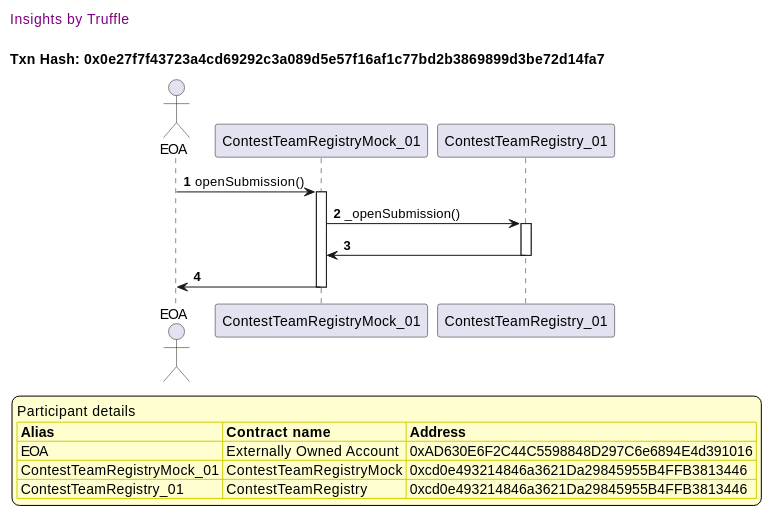
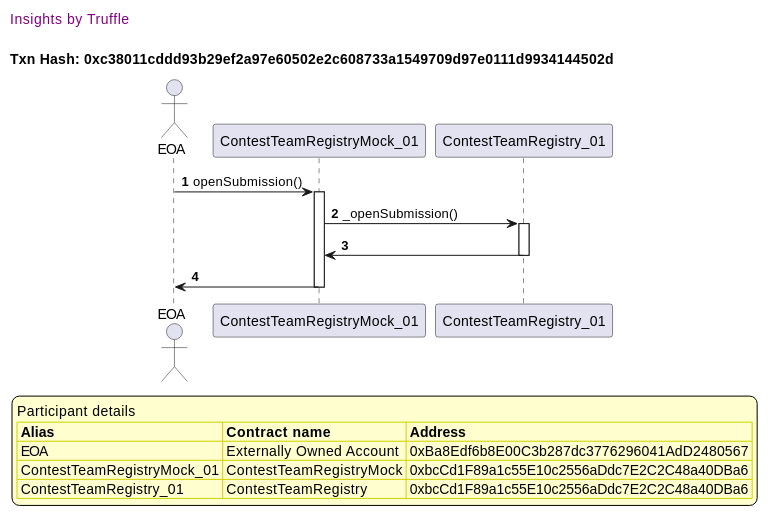
The fourth of 50 diagrams in truffle-seq/core_contestteamregistry.md (fodisi/hackapay), drawn with PlantUML before and after one commit. The commit also changed other lines of this file and 10 other files, not shown here.

````diff
--- a/truffle-seq/core_contestteamregistry.md
+++ b/truffle-seq/core_contestteamregistry.md
@@ -151,41 +151,41 @@
 ```plantuml
 
 
 @startuml
 
 autonumber
 skinparam legendBackgroundColor #FEFECE
 
 <style>
       header {
         HorizontalAlignment left
         FontColor purple
         FontSize 14
         Padding 10
       }
     </style>
 
 header Insights by Truffle
 
-title Txn Hash: 0x0e27f7f43723a4cd69292c3a089d5e57f16af1c77bd2b3869899d3be72d14fa7
+title Txn Hash: 0xc38011cddd93b29ef2a97e60502e2c608733a1549709d97e0111d9934144502d
 
 
 actor EOA as "EOA"
 participant ContestTeamRegistryMock_01 as "ContestTeamRegistryMock_01"
 participant ContestTeamRegistry_01 as "ContestTeamRegistry_01"
 
 "EOA" -> "ContestTeamRegistryMock_01" ++: openSubmission()
 "ContestTeamRegistryMock_01" -> "ContestTeamRegistry_01" ++: _openSubmission()
 "ContestTeamRegistry_01" -> "ContestTeamRegistryMock_01" --: 
 "ContestTeamRegistryMock_01" -> "EOA" --: 
 
 legend
 Participant details
 <#FEFECE,#D0D000>|= Alias |= Contract name |= Address |
-<#FEFECE>| EOA | Externally Owned Account | 0xAD630E6F2C44C5598848D297C6e6894E4d391016 |
-<#FEFECE>| ContestTeamRegistryMock_01 | ContestTeamRegistryMock | 0xcd0e493214846a3621Da29845955B4FFB3813446 |
-<#FEFECE>| ContestTeamRegistry_01 | ContestTeamRegistry | 0xcd0e493214846a3621Da29845955B4FFB3813446 |
+<#FEFECE>| EOA | Externally Owned Account | 0xBa8Edf6b8E00C3b287dc3776296041AdD2480567 |
+<#FEFECE>| ContestTeamRegistryMock_01 | ContestTeamRegistryMock | 0xbcCd1F89a1c55E10c2556aDdc7E2C2C48a40DBa6 |
+<#FEFECE>| ContestTeamRegistry_01 | ContestTeamRegistry | 0xbcCd1F89a1c55E10c2556aDdc7E2C2C48a40DBa6 |
 endlegend
 
 @enduml
 ```
````
